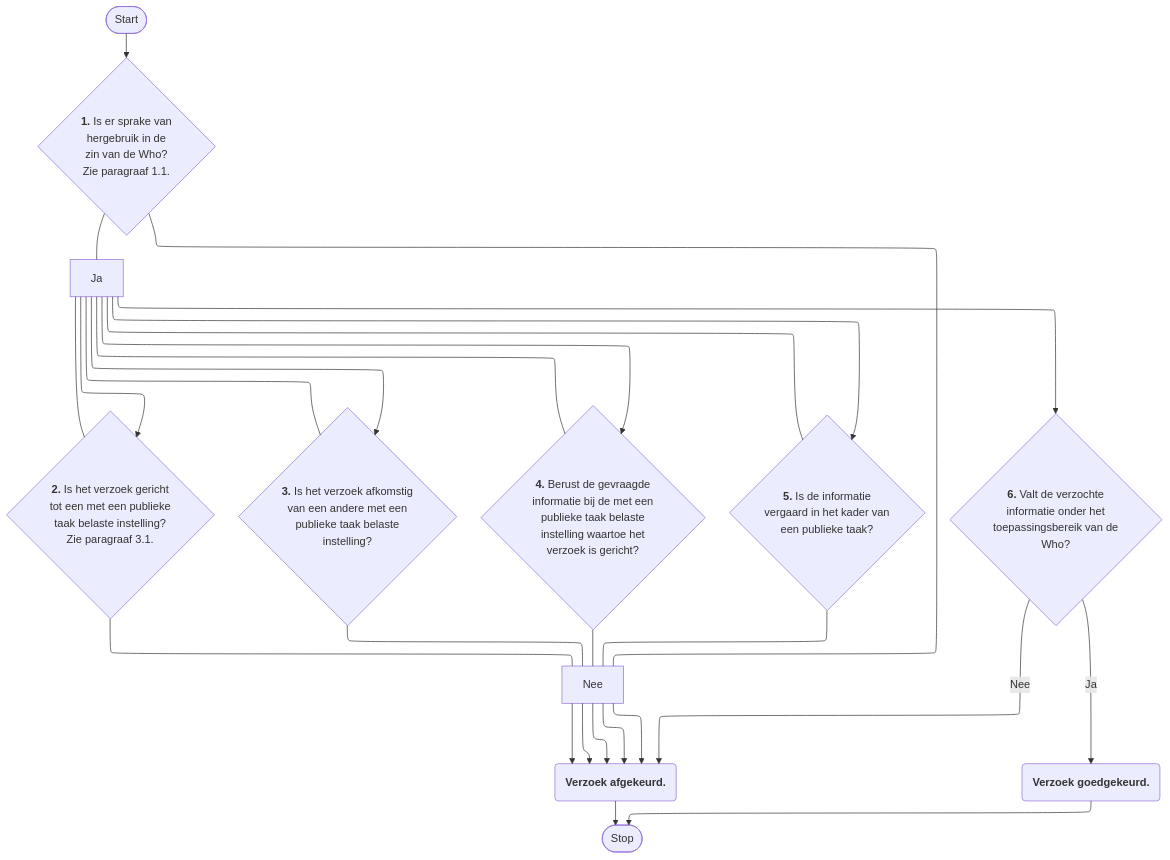
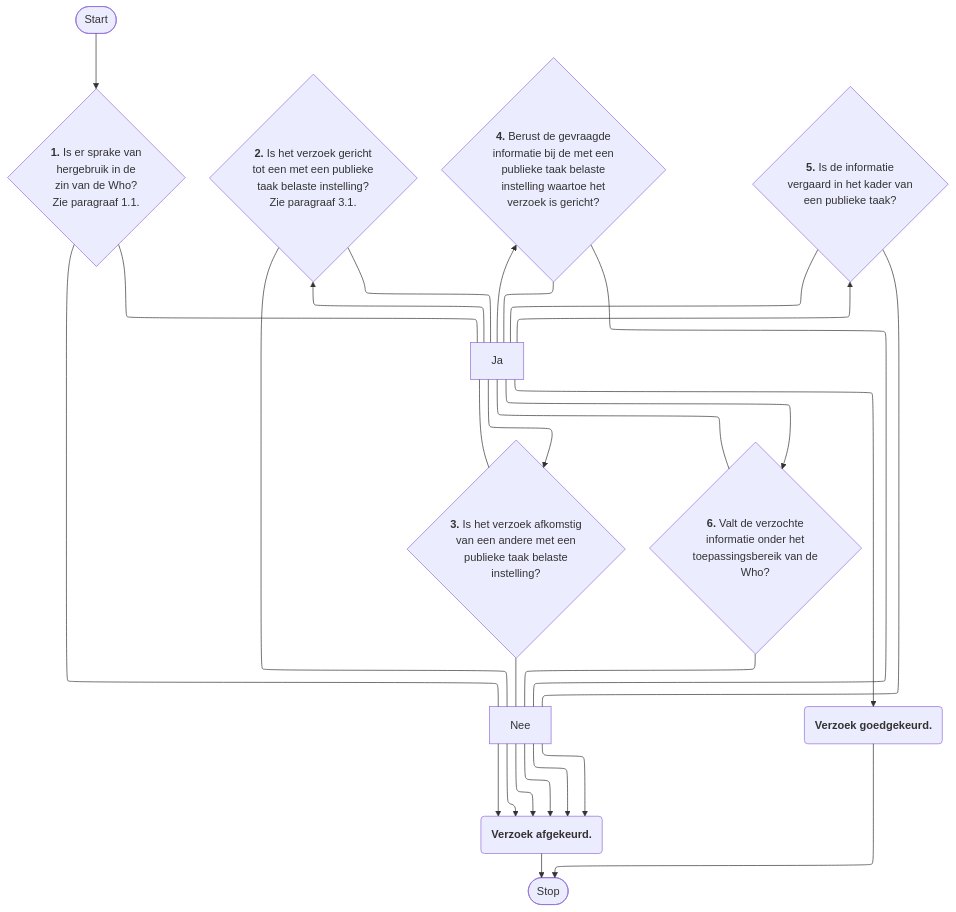
Before and after one commit to VNG-Realisatie/VNG-R-Respec-Template: the third of 11 diagrams in mermaid.md, drawn with Mermaid. The commit also changed other lines of this file, not shown here.

````diff
--- a/mermaid.md
+++ b/mermaid.md
@@ -106,19 +106,19 @@
 ```mermaid
 %%{init: {"flowchart": {"defaultRenderer": "elk"}} }%%
 graph TD
     A([Start])---->B{"<b>1.</b> Is er sprake van<br/>hergebruik in de<br/>zin van de Who?<br/>ie paragraaf 1.1."}
     B{"<b>1.</b> Is er sprake van<br/>hergebruik in de<br/>zin van de Who?<br/>Zie paragraaf 1.1."}--- Nee --->L("<b>Wijs het verzoek af.</b>")
     B{"<b>1.</b> Is er sprake van<br/>hergebruik in de<br/>zin van de Who?<br/>Zie paragraaf 1.1."}--- Ja --->C{"<b>2.</b> Is het verzoek gericht<br/>tot een met een publieke<br/>taak belaste instelling?<br/>Zie paragraaf 3.1."}
     C{"<b>2.</b> Is het verzoek gericht<br/>tot een met een publieke<br/>taak belaste instelling?<br/>Zie paragraaf 3.1."}--- Nee --->L("<b>Wijs het verzoek af.</b>")
     C{"<b>2.</b> Is het verzoek gericht<br/>tot een met een publieke<br/>taak belaste instelling?<br/>Zie paragraaf 3.1."}--- Ja --->D{"<b>3.</b> Is het verzoek afkomstig<br/>van een andere met een<br/>publieke taak belaste<br/>instelling?"}
     D{"<b>3.</b> Is het verzoek afkomstig<br/>van een andere met een<br/>publieke taak belaste<br/>instelling?"}--- Nee --->L("<b>Wijs het verzoek af.</b>")
     D{"<b>3.</b> Is het verzoek afkomstig<br/>van een andere met een<br/>publieke taak belaste<br/>instelling?"}--- Ja --->E{"<b>4.</b> Berust de gevraagde<br/>informatie bij de met een<br/>publieke taak belaste<br/>instelling waartoe het<br/>verzoek is gericht?"}
     E{"<b>4.</b> Berust de gevraagde<br/>informatie bij de met een<br/>publieke taak belaste<br/>instelling waartoe het<br/>verzoek is gericht?"}--- Nee --->L("<b>Wijs het verzoek af.</b>")
     E{"<b>4.</b> Berust de gevraagde<br/>informatie bij de met een<br/>publieke taak belaste<br/>instelling waartoe het<br/>verzoek is gericht?"}--- Ja ---> F{"<b>5.</b> Is de informatie<br/>vergaard in het kader van<br/>een publieke taak?"}
     F{"<b>5.</b> Is de informatie<br/>vergaard in het kader van<br/>een publieke taak?"}--- Nee --->L("<b>Wijs het verzoek af.</b>")
     F{"<b>5.</b> Is de informatie<br/>vergaard in het kader van<br/>een publieke taak?"}--- Ja --->G{"<b>6.</b> Valt de verzochte<br/>informatie onder het<br/>toepassingsbereik van de<br/>Who?"}
-    G{"<b>6.</b> Valt de verzochte<br/>informatie onder het<br/>toepassingsbereik van de<br/>Who?"}-- Nee --->L("<b>Verzoek afgekeurd.</b>")
-    G{"<b>6.</b> Valt de verzochte<br/>informatie onder het<br/>toepassingsbereik van de<br/>Who?"}-- Ja --->M("<b>Verzoek goedgekeurd.</b>")
+    G{"<b>6.</b> Valt de verzochte<br/>informatie onder het<br/>toepassingsbereik van de<br/>Who?"}--- Nee --->L("<b>Verzoek afgekeurd.</b>")
+    G{"<b>6.</b> Valt de verzochte<br/>informatie onder het<br/>toepassingsbereik van de<br/>Who?"}--- Ja --->M("<b>Verzoek goedgekeurd.</b>")
     L("<b>Verzoek afgekeurd.</b>")---->X([Stop])
     M("<b>Verzoek goedgekeurd.</b>")---->X([Stop])
 ```
````
